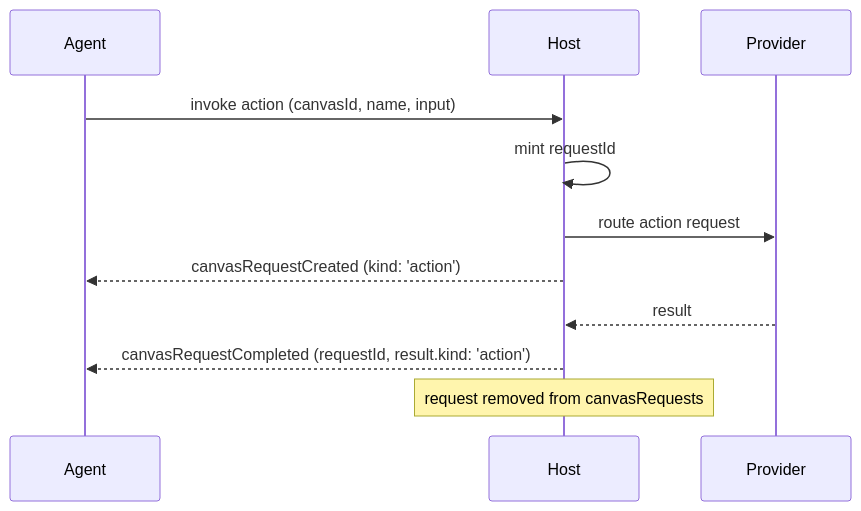
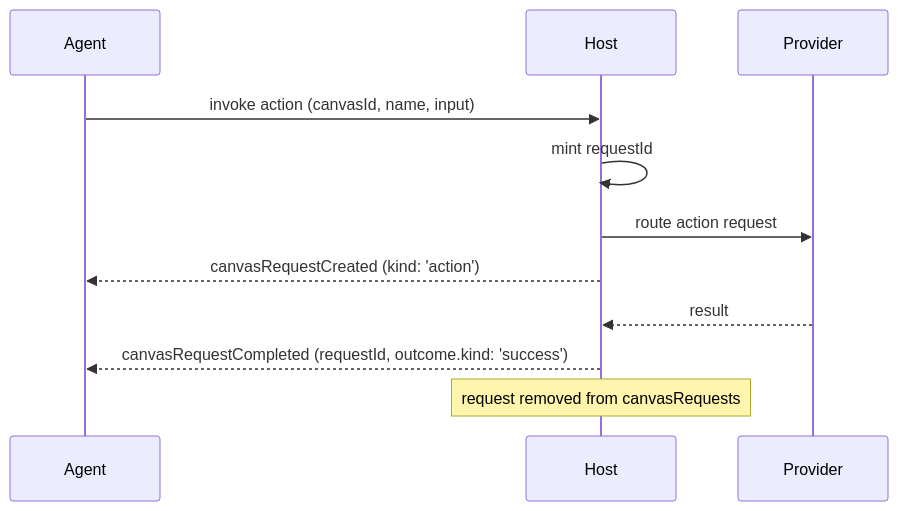
Before and after one commit to microsoft/agent-host-protocol: the second of 2 diagrams in docs/guide/canvases.md, drawn with Mermaid. The commit also changed other lines of this file and 24 other files, not shown here.

First line of the commit message:
Type-enforce canvas request completion outcome; export canvas surface

````diff
--- a/docs/guide/canvases.md
+++ b/docs/guide/canvases.md
@@ -124,15 +132,15 @@
 ```mermaid
 sequenceDiagram
     participant Agent
     participant Host
     participant Provider
 
     Agent->>Host: invoke action (canvasId, name, input)
     Host->>Host: mint requestId
     Host->>Provider: route action request
     Host-->>Agent: canvasRequestCreated (kind: 'action')
 
     Provider-->>Host: result
-    Host-->>Agent: canvasRequestCompleted (requestId, result.kind: 'action')
+    Host-->>Agent: canvasRequestCompleted (requestId, outcome.kind: 'success')
     Note over Host: request removed from canvasRequests
 ```
````
